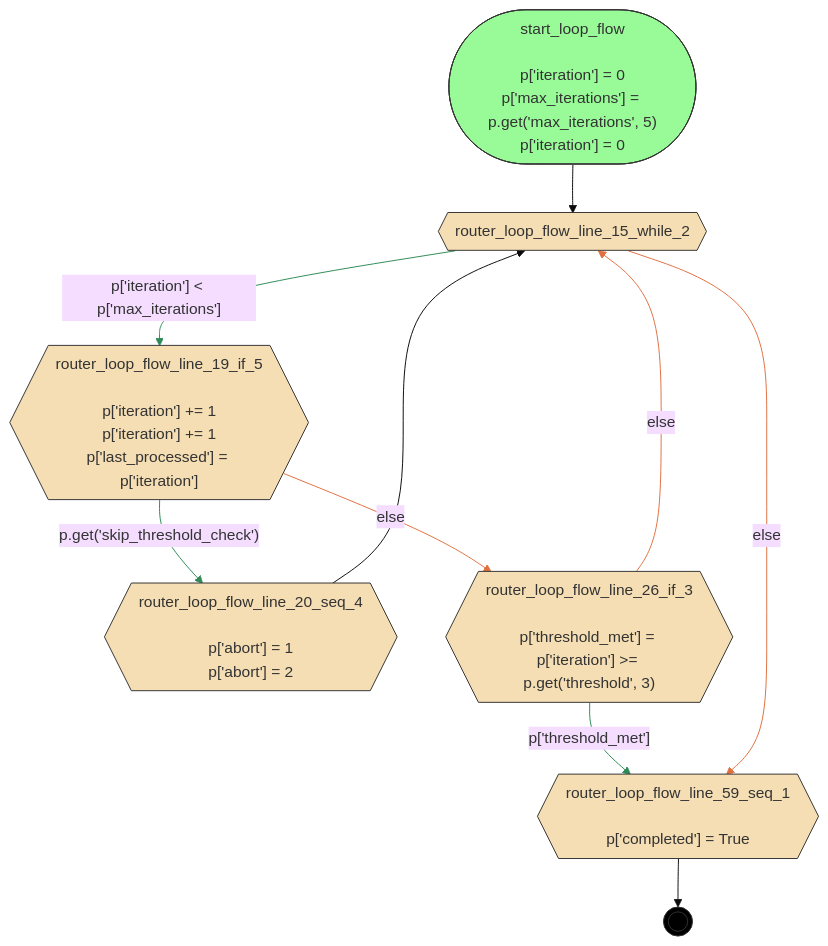
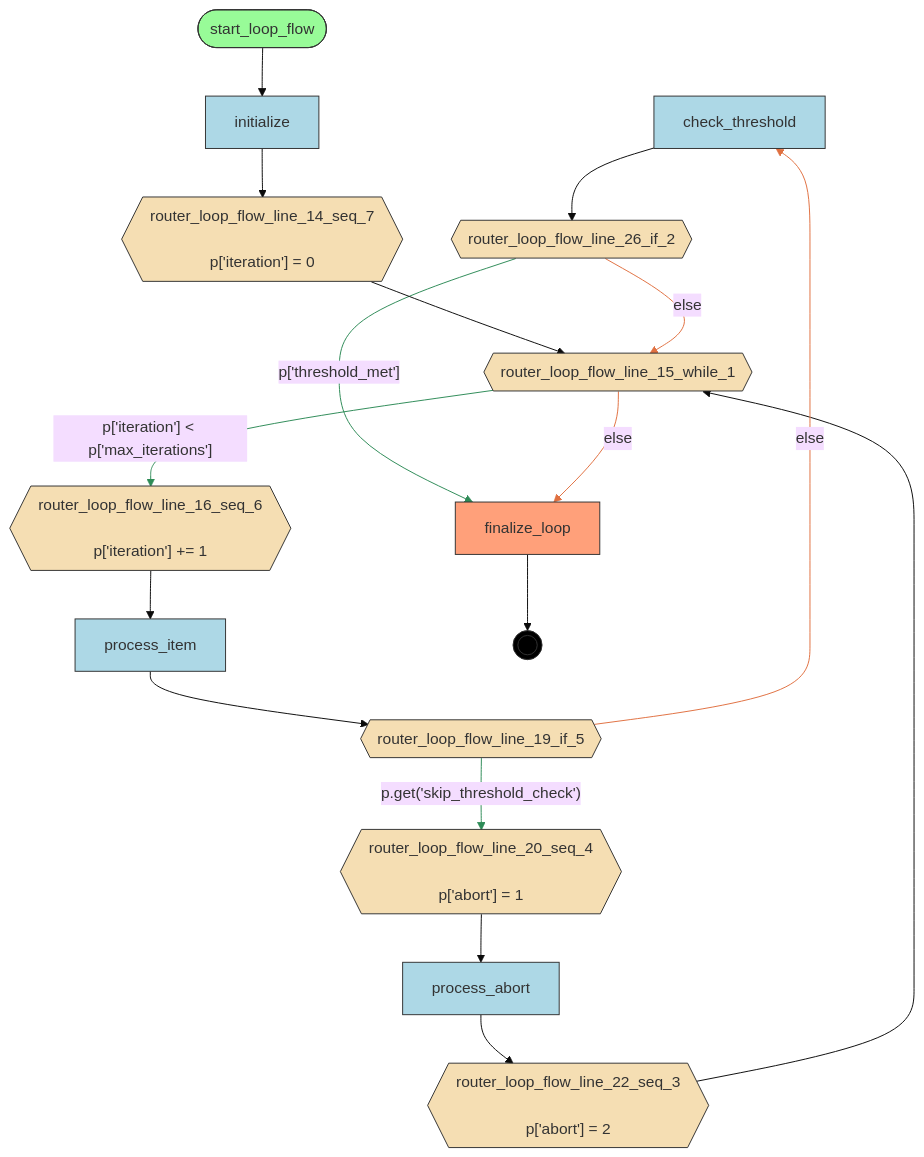
The diagram in examples/flows/compiled/while_loop_processing/flow.mmd (deliveryhero/asya), drawn with Mermaid (base theme) before and after one commit. The commit also changed 625 other files, not shown here.

```diff
--- a/examples/flows/compiled/while_loop_processing/flow.mmd
+++ b/examples/flows/compiled/while_loop_processing/flow.mmd
@@ -1,31 +1,47 @@
 flowchart TD
     %% Flow: loop_flow
 
-    router_loop_flow_line_15_while_2{{router_loop_flow_line_15_while_2}}
-    router_loop_flow_line_19_if_5{{"router_loop_flow_line_19_if_5<br/><br/>p['iteration'] += 1<br/>p['iteration'] += 1<br/>p['last_processed'] = p['iteration']"}}
-    router_loop_flow_line_20_seq_4{{"router_loop_flow_line_20_seq_4<br/><br/>p['abort'] = 1<br/>p['abort'] = 2"}}
-    router_loop_flow_line_26_if_3{{"router_loop_flow_line_26_if_3<br/><br/>p['threshold_met'] = p['iteration'] >= p.get('threshold', 3)"}}
-    router_loop_flow_line_59_seq_1{{"router_loop_flow_line_59_seq_1<br/><br/>p['completed'] = True"}}
-    start_loop_flow(["start_loop_flow<br/><br/>p['iteration'] = 0<br/>p['max_iterations'] = p.get('max_iterations', 5)<br/>p['iteration'] = 0"])
+    check_threshold[check_threshold]
+    finalize_loop[finalize_loop]
+    initialize[initialize]
+    process_abort[process_abort]
+    process_item[process_item]
+    router_loop_flow_line_14_seq_7{{"router_loop_flow_line_14_seq_7<br/><br/>p['iteration'] = 0"}}
+    router_loop_flow_line_15_while_1{{router_loop_flow_line_15_while_1}}
+    router_loop_flow_line_16_seq_6{{"router_loop_flow_line_16_seq_6<br/><br/>p['iteration'] += 1"}}
+    router_loop_flow_line_19_if_5{{router_loop_flow_line_19_if_5}}
+    router_loop_flow_line_20_seq_4{{"router_loop_flow_line_20_seq_4<br/><br/>p['abort'] = 1"}}
+    router_loop_flow_line_22_seq_3{{"router_loop_flow_line_22_seq_3<br/><br/>p['abort'] = 2"}}
+    router_loop_flow_line_26_if_2{{router_loop_flow_line_26_if_2}}
+    start_loop_flow([start_loop_flow])
     __end__((( )))
 
-    start_loop_flow --> router_loop_flow_line_15_while_2
-    router_loop_flow_line_26_if_3 -->|"p['threshold_met']"| router_loop_flow_line_59_seq_1
-    router_loop_flow_line_20_seq_4 --> router_loop_flow_line_15_while_2
+    start_loop_flow --> initialize
+    initialize --> router_loop_flow_line_14_seq_7
+    router_loop_flow_line_26_if_2 -->|"p['threshold_met']"| finalize_loop
+    router_loop_flow_line_22_seq_3 --> router_loop_flow_line_15_while_1
+    router_loop_flow_line_20_seq_4 --> process_abort
+    process_abort --> router_loop_flow_line_22_seq_3
     router_loop_flow_line_19_if_5 -->|"p.get('skip_threshold_check')"| router_loop_flow_line_20_seq_4
-    router_loop_flow_line_19_if_5 -->|"else"| router_loop_flow_line_26_if_3
-    router_loop_flow_line_15_while_2 -->|"p['iteration'] < p['max_iterations']"| router_loop_flow_line_19_if_5
-    router_loop_flow_line_15_while_2 -->|"else"| router_loop_flow_line_59_seq_1
-    router_loop_flow_line_26_if_3 -->|"else"| router_loop_flow_line_15_while_2
-    router_loop_flow_line_59_seq_1 --> __end__
+    router_loop_flow_line_19_if_5 -->|"else"| check_threshold
+    check_threshold --> router_loop_flow_line_26_if_2
+    router_loop_flow_line_16_seq_6 --> process_item
+    process_item --> router_loop_flow_line_19_if_5
+    router_loop_flow_line_15_while_1 -->|"p['iteration'] < p['max_iterations']"| router_loop_flow_line_16_seq_6
+    router_loop_flow_line_15_while_1 -->|"else"| finalize_loop
+    router_loop_flow_line_14_seq_7 --> router_loop_flow_line_15_while_1
+    router_loop_flow_line_26_if_2 -->|"else"| router_loop_flow_line_15_while_1
+    finalize_loop --> __end__
 
     classDef start fill:#98FB98,stroke:#333
     classDef endnode fill:#FFA07A,stroke:#333
     classDef router fill:#F5DEB3,stroke:#333
     classDef handler fill:#ADD8E6,stroke:#333
     classDef endpoint fill:#000,stroke:#333,color:#fff
     class start_loop_flow start
-    class router_loop_flow_line_15_while_2,router_loop_flow_line_19_if_5,router_loop_flow_line_20_seq_4,router_loop_flow_line_26_if_3,router_loop_flow_line_59_seq_1 router
+    class finalize_loop endnode
+    class router_loop_flow_line_14_seq_7,router_loop_flow_line_15_while_1,router_loop_flow_line_16_seq_6,router_loop_flow_line_19_if_5,router_loop_flow_line_20_seq_4,router_loop_flow_line_22_seq_3,router_loop_flow_line_26_if_2 router
+    class check_threshold,initialize,process_abort,process_item handler
     class __end__ endpoint
-    linkStyle 1,3,5 stroke:#2E8B57
-    linkStyle 4,6,7 stroke:#E07040
+    linkStyle 2,6,11 stroke:#2E8B57
+    linkStyle 7,12,14 stroke:#E07040
```
